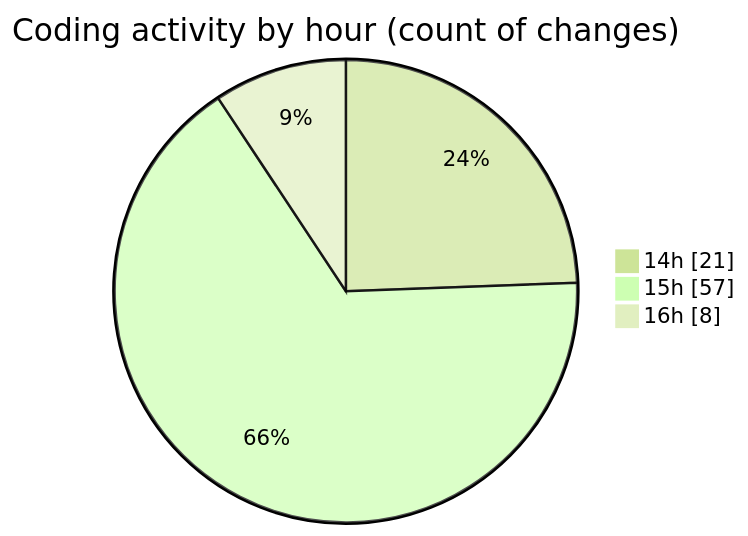
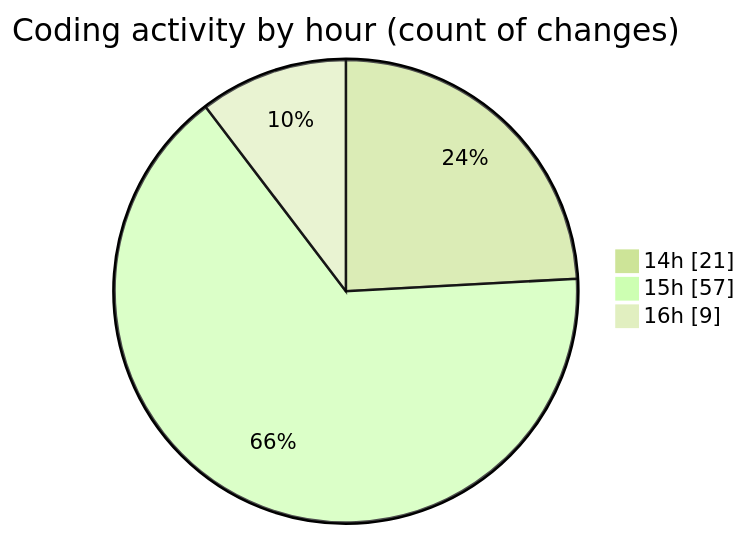
The second of 2 diagrams in 2025-05-24/projects/README.md (Ritupan-Deka/code-tracking), drawn with Mermaid (forest theme) before and after one commit. The commit also changed other lines of this file and 1 other file, not shown here.

````diff
--- a/2025-05-24/projects/README.md
+++ b/2025-05-24/projects/README.md
@@ -33,7 +33,7 @@
 ```mermaid
 pie showData
 title Coding activity by hour (count of changes)
 "14h" : 21
 "15h" : 57
-"16h" : 8
+"16h" : 9
 ```
````
